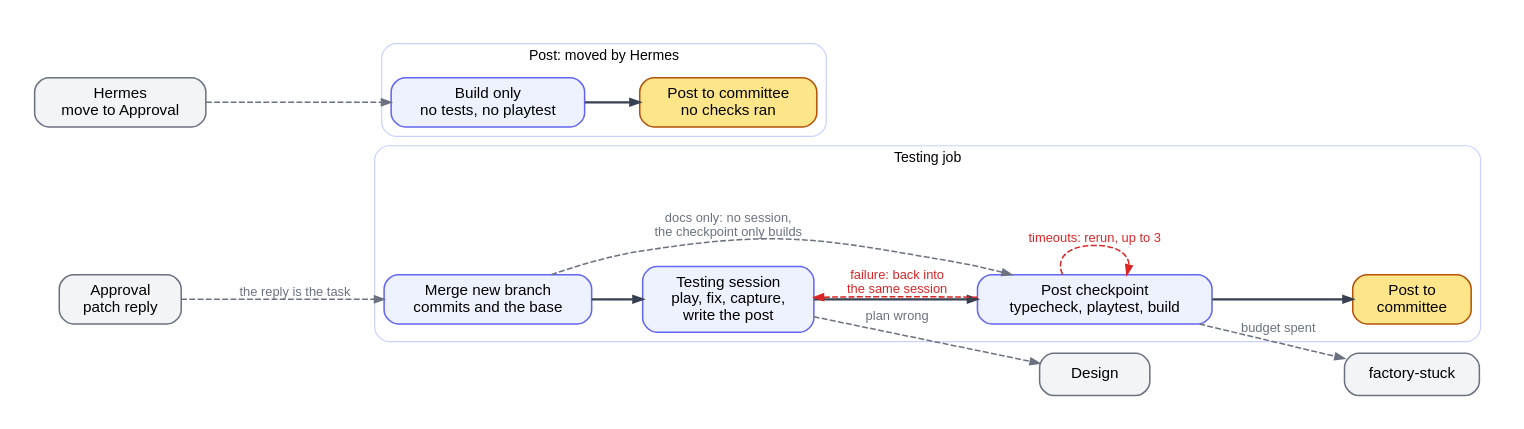
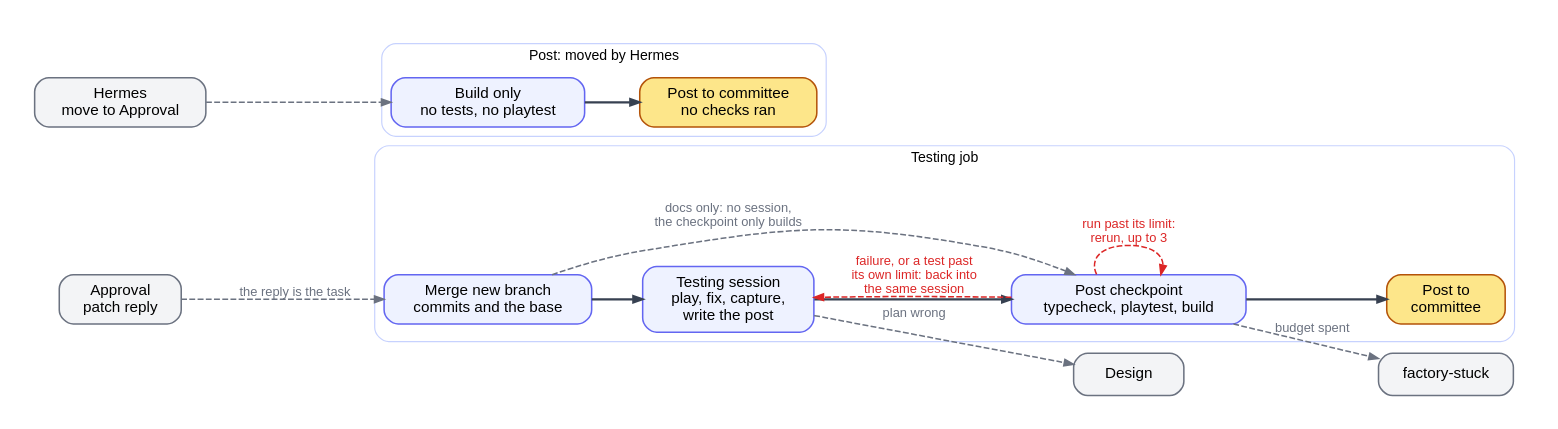
Before and after one commit to btseytlin/road-machiners: the diagram in factory/docs/diagrams/testing.dot, drawn with Graphviz. The commit also changed 10 other files, not shown here.

Commit message:
Factory containers send TEST_TIMEOUTS=shared, and a test or hook past its own limit fails the checkpoint into the session instead of rerunning as load

```diff
--- a/factory/docs/diagrams/testing.dot
+++ b/factory/docs/diagrams/testing.dot
@@ -1,31 +1,31 @@
 // Testing column. One testing session gets a card ready for the committee, and the post checkpoint gates the post. Post-only runs when Hermes moves a card to Approval.
 // Red: loops back. Grey: leaves Testing or enters from outside.
 digraph testing {
   rankdir=LR; nodesep=0.35; ranksep=0.55; bgcolor=white; pad=0.3;
   node [shape=box, style="rounded,filled", fillcolor="#eef2ff", color="#6366f1", fontname="Helvetica", fontsize=13, margin="0.2,0.1", penwidth=1.3, width=1.3];
   edge [color="#374151", penwidth=1.8, arrowsize=0.8, fontname="Helvetica", fontsize=11];
   subgraph cluster_session {
     label="Testing job"; fontname="Helvetica"; fontsize=12; color="#c7d2fe"; style=rounded;
     PM [label="Merge new branch\ncommits and the base"]; PT [label="Testing session\nplay, fix, capture,\nwrite the post"];
     PC [label="Post checkpoint\ntypecheck, playtest, build"]; PP [label="Post to\ncommittee", fillcolor="#fde68a", color="#b45309"];
     PM -> PT -> PC -> PP [weight=100];
   }
   subgraph cluster_post {
     label="Post: moved by Hermes"; fontname="Helvetica"; fontsize=12; color="#c7d2fe"; style=rounded;
     QB [label="Build only\nno tests, no playtest"]; QP [label="Post to committee\nno checks ran", fillcolor="#fde68a", color="#b45309"];
     QB -> QP [weight=100];
   }
   XH [label="Hermes\nmove to Approval", fillcolor="#f3f4f6", color="#6b7280"];
   XA [label="Approval\npatch reply", fillcolor="#f3f4f6", color="#6b7280"];
   XD [label="Design", fillcolor="#f3f4f6", color="#6b7280"];
   XS [label="factory-stuck", fillcolor="#f3f4f6", color="#6b7280"];
   edge [color="#dc2626", fontcolor="#dc2626", style=dashed, penwidth=1.3];
-  PC -> PT [label="failure: back into\nthe same session"];
-  PC -> PC [label="timeouts: rerun, up to 3"];
+  PC -> PT [label="failure, or a test past\nits own limit: back into\nthe same session"];
+  PC -> PC [label="run past its limit:\nrerun, up to 3"];
   edge [color="#6b7280", fontcolor="#6b7280"];
   PM -> PC [label="docs only: no session,\nthe checkpoint only builds"];
   XH -> QB;
   XA -> PM [label="the reply is the task"];
   PT -> XD [label="plan wrong"];
   PC -> XS [label="budget spent"];
 }
```
